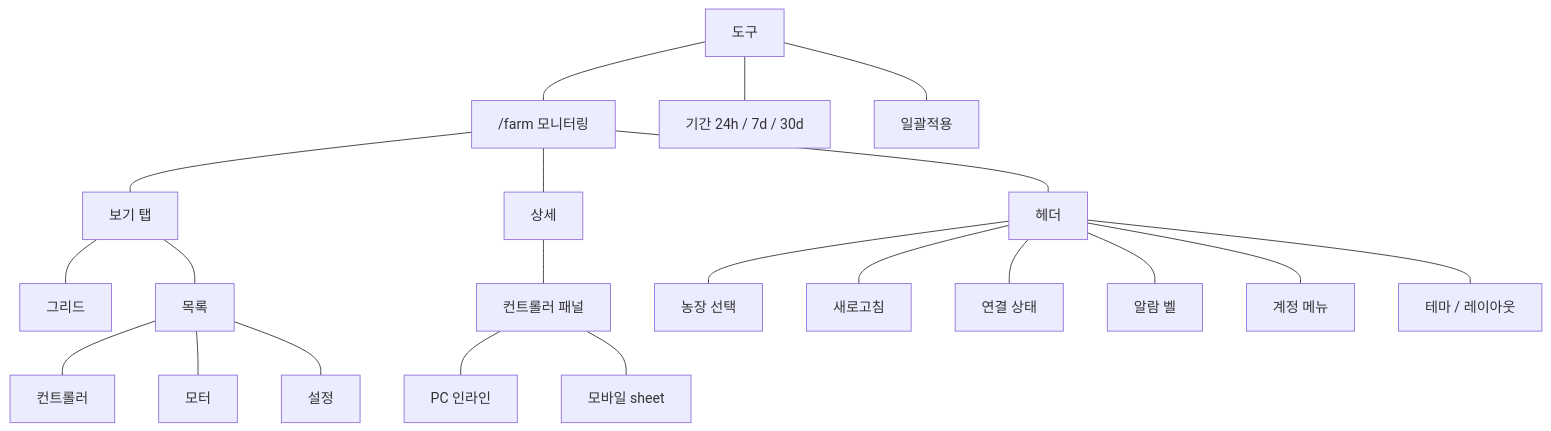
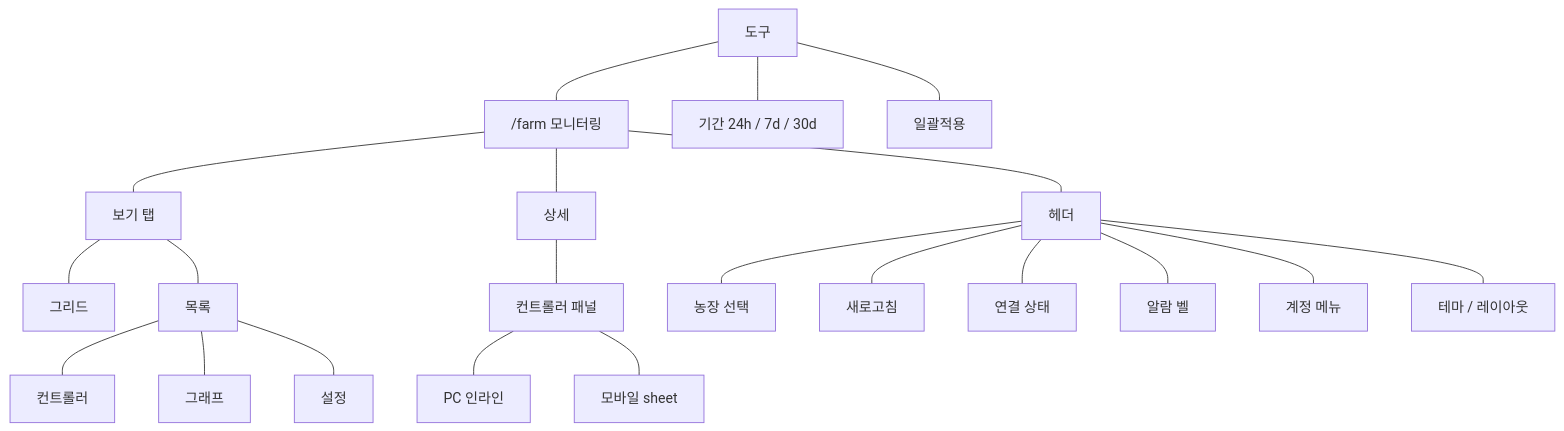
One commit to SIJackLee/dashboard changed the second of 3 diagrams in web/docs/user-manual/10-메뉴구조도.md. Above: the diagram before and after it, drawn with Mermaid. The commit also changed other lines of this file and 5 other files, not shown here.

First line of the commit message:
fix(web): rename list graph mode label from 모터 to 그래프

````diff
--- a/web/docs/user-manual/10-메뉴구조도.md
+++ b/web/docs/user-manual/10-메뉴구조도.md
@@ -55,33 +55,33 @@
 ```mermaid
 flowchart TB
   %% 정사각: 상(상세) — 중(도구·farm·보기) — 하(헤더)
   detail["상세"]
 
   tools["도구"] --- farm["/farm 모니터링"] --- view["보기 탭"]
 
   header["헤더"]
 
   farm --- detail
   farm --- header
 
   %% 각 꼭짓점의 하위 (구조 동일)
   tools --- period["기간 24h / 7d / 30d"]
   tools --- bulk["일괄적용"]
 
   view --- grid["그리드"]
   view --- list["목록"]
   list --- modeCtrl["컨트롤러"]
-  list --- modeMotor["모터"]
+  list --- modeGraph["그래프"]
   list --- modeSet["설정"]
 
   detail --- panel["컨트롤러 패널"]
   panel --- pcInline["PC 인라인"]
   panel --- mobileSheet["모바일 sheet"]
 
   header --- farmSelect["농장 선택"]
   header --- refresh["새로고침"]
   header --- connect["연결 상태"]
   header --- alarms["알람 벨"]
   header --- account["계정 메뉴"]
   header --- theme["테마 / 레이아웃"]
 ```
````
